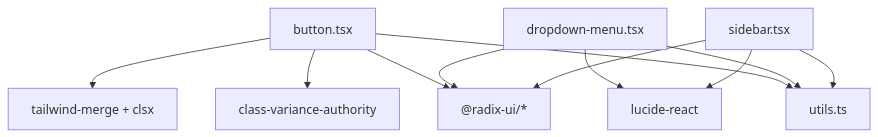
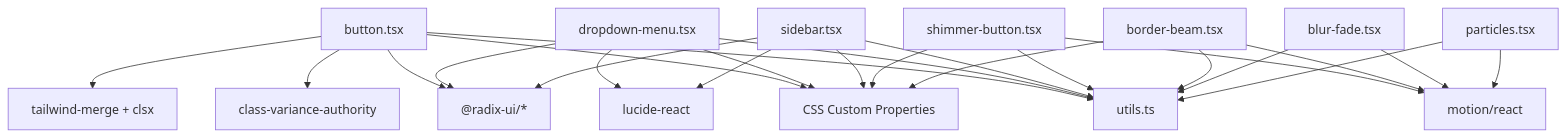
Before and after one commit to PA-Penajam/kepegawaian_apps: the sixth of 6 diagrams in .qoder/repowiki/en/content/Frontend Architecture/React Component System/UI Primitives Library.md, drawn with Mermaid. The commit also changed other lines of this file and 4 other files, not shown here.

First line of the commit message:
docs(repowiki): update frontend architecture wiki dengan Magic UI components

````diff
--- a/.qoder/repowiki/en/content/Frontend Architecture/React Component System/UI Primitives Library.md
+++ b/.qoder/repowiki/en/content/Frontend Architecture/React Component System/UI Primitives Library.md
@@ -475,18 +784,33 @@
 ```mermaid
 graph TB
 UTIL["utils.ts"]
 CVA["class-variance-authority"]
 RADIX["@radix-ui/*"]
 ICON["lucide-react"]
 TW["tailwind-merge + clsx"]
+MOTION["motion/react"]
+THEME["CSS Custom Properties"]
 BTN["button.tsx"] --> UTIL
 BTN --> CVA
 BTN --> RADIX
 BTN --> TW
+BTN --> THEME
 DDM["dropdown-menu.tsx"] --> UTIL
 DDM --> RADIX
 DDM --> ICON
+DDM --> THEME
 SB["sidebar.tsx"] --> UTIL
 SB --> RADIX
 SB --> ICON
+SB --> THEME
+SHIMMER["shimmer-button.tsx"] --> UTIL
+SHIMMER --> THEME
+SHIMMER --> MOTION
+BEAM["border-beam.tsx"] --> UTIL
+BEAM --> THEME
+BEAM --> MOTION
+BLUR["blur-fade.tsx"] --> UTIL
+BLUR --> MOTION
+PARTICLES["particles.tsx"] --> UTIL
+PARTICLES --> MOTION
 ```
````
